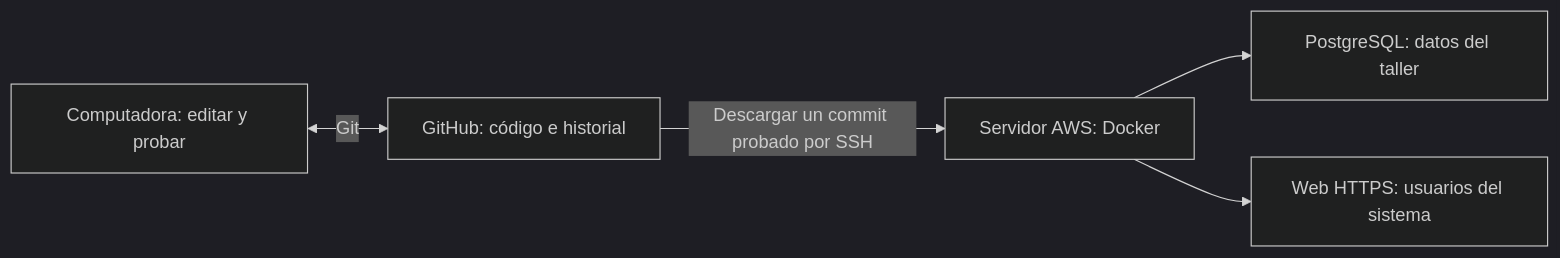
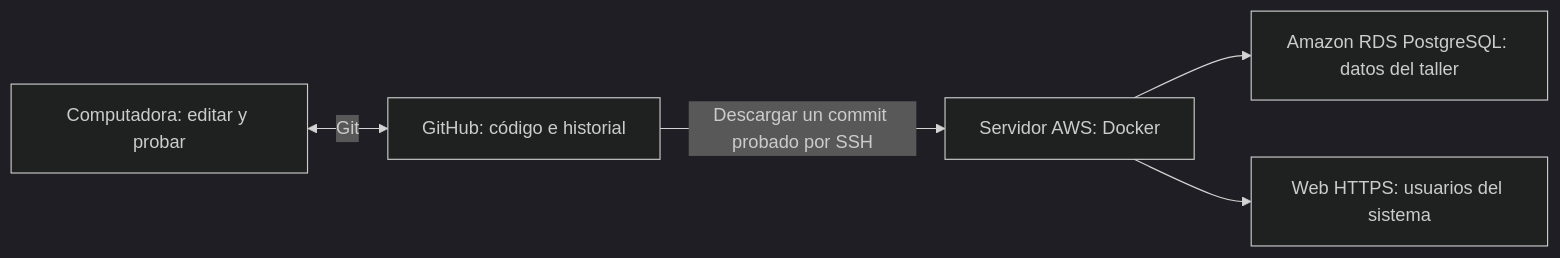
The diagram in docs/GUIA_PARA_TU_HERMANO.md (miliihartwich/control-taller-actualizado), drawn with Mermaid (dark theme) before and after one commit. The commit also changed other lines of this file and 2 other files, not shown here.

Commit message:
docs: ajustar guia a EC2 con WSL y PostgreSQL RDS

````diff
--- a/docs/GUIA_PARA_TU_HERMANO.md
+++ b/docs/GUIA_PARA_TU_HERMANO.md
@@ -19,7 +27,7 @@
 ```mermaid
 flowchart LR
     A[Computadora: editar y probar] <-->|Git| B[GitHub: código e historial]
     B -->|Descargar un commit probado por SSH| C[Servidor AWS: Docker]
-    C --> D[PostgreSQL: datos del taller]
+    C --> D[Amazon RDS PostgreSQL: datos del taller]
     C --> E[Web HTTPS: usuarios del sistema]
 ```
````
